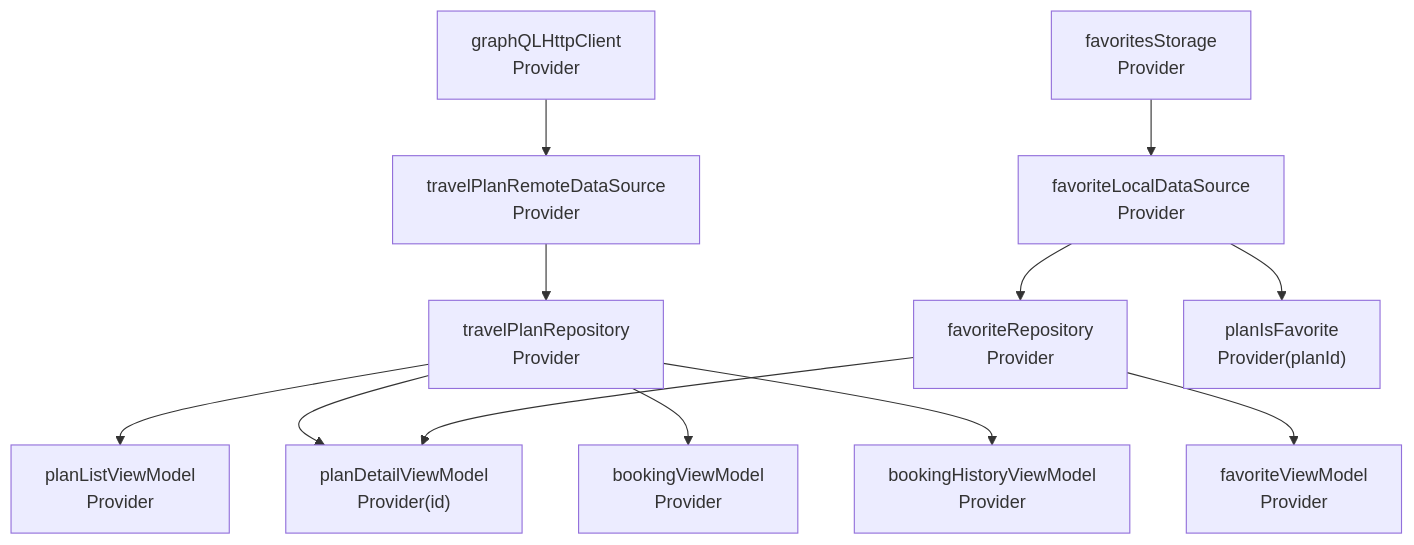
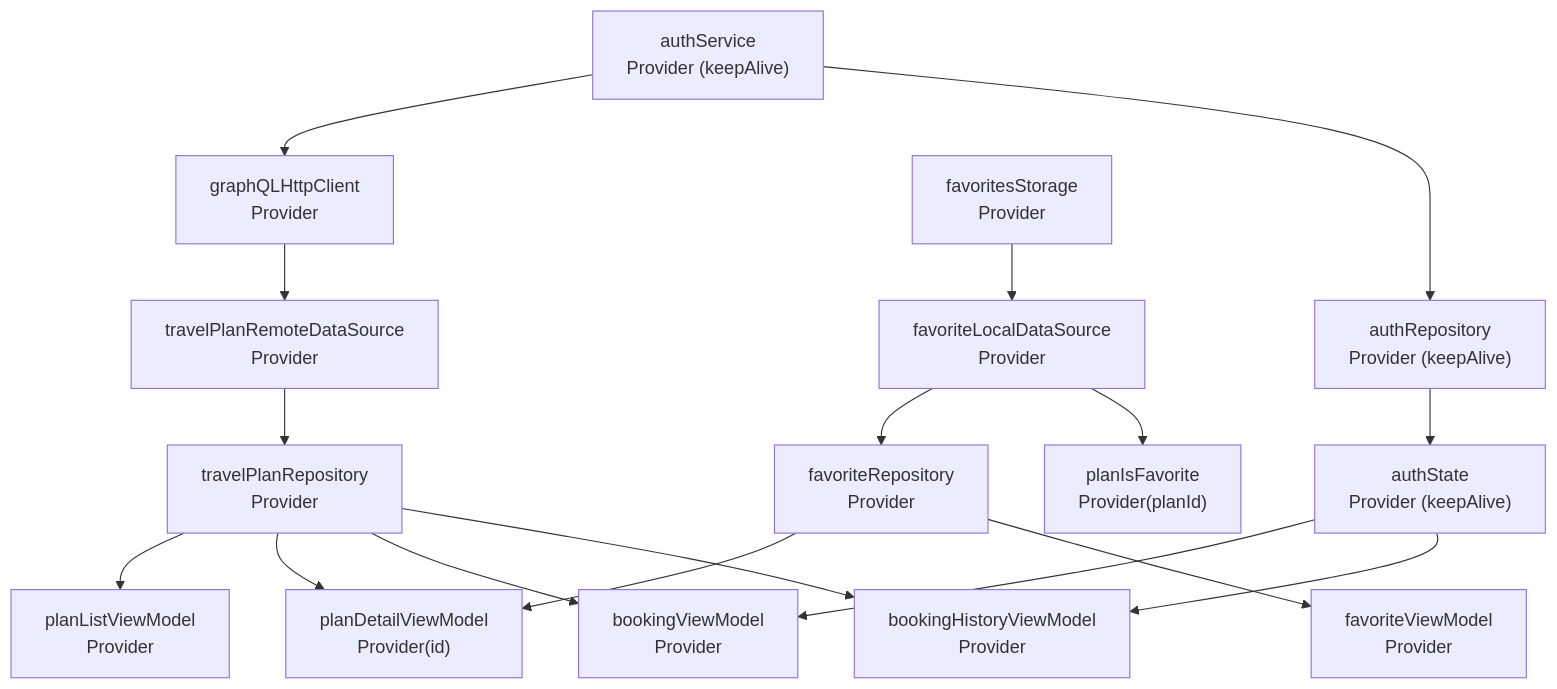
The fourth of 5 diagrams in README.md (fumiyasac/travel_booking), drawn with Mermaid before and after one commit. The commit also changed other lines of this file and 2 other files, not shown here.

````diff
--- a/README.md
+++ b/README.md
@@ -786,26 +801,34 @@
 ```mermaid
 graph TB
+  ASV["authService\nProvider (keepAlive)"]
+  AST["authState\nProvider (keepAlive)"]
+  ARR["authRepository\nProvider (keepAlive)"]
   GQL["graphQLHttpClient\nProvider"]
   RDS["travelPlanRemoteDataSource\nProvider"]
   TPR["travelPlanRepository\nProvider"]
   FST["favoritesStorage\nProvider"]
   FLD["favoriteLocalDataSource\nProvider"]
   FRP["favoriteRepository\nProvider"]
   PIF["planIsFavorite\nProvider(planId)"]
   PLV["planListViewModel\nProvider"]
   PDV["planDetailViewModel\nProvider(id)"]
   BKV["bookingViewModel\nProvider"]
   BHV["bookingHistoryViewModel\nProvider"]
   FAV["favoriteViewModel\nProvider"]
 
+  ASV --> GQL
+  ASV --> ARR
+  ARR --> AST
+  AST --> BKV
+  AST --> BHV
   GQL --> RDS --> TPR
   FST --> FLD
   FLD --> FRP
   FLD --> PIF
   TPR --> PLV
   TPR --> PDV
   TPR --> BKV
   TPR --> BHV
   FRP --> PDV
   FRP --> FAV
 ```
````
